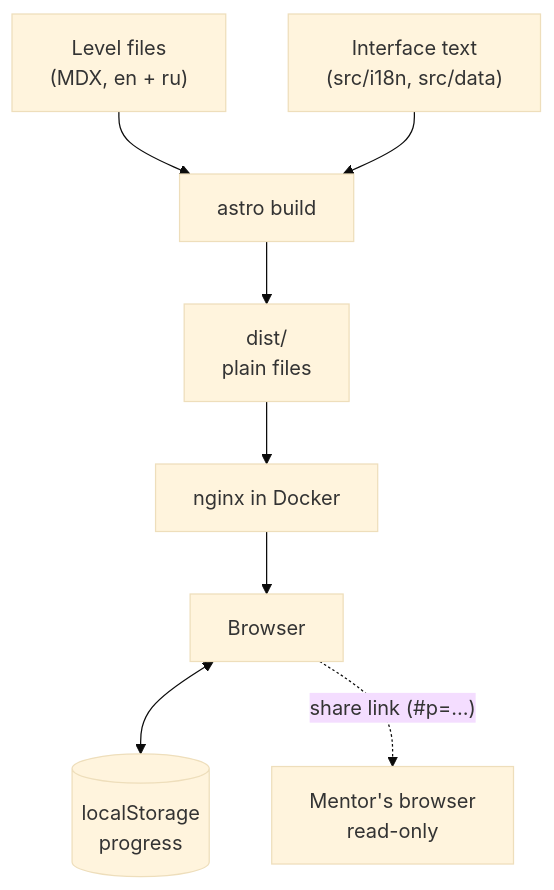
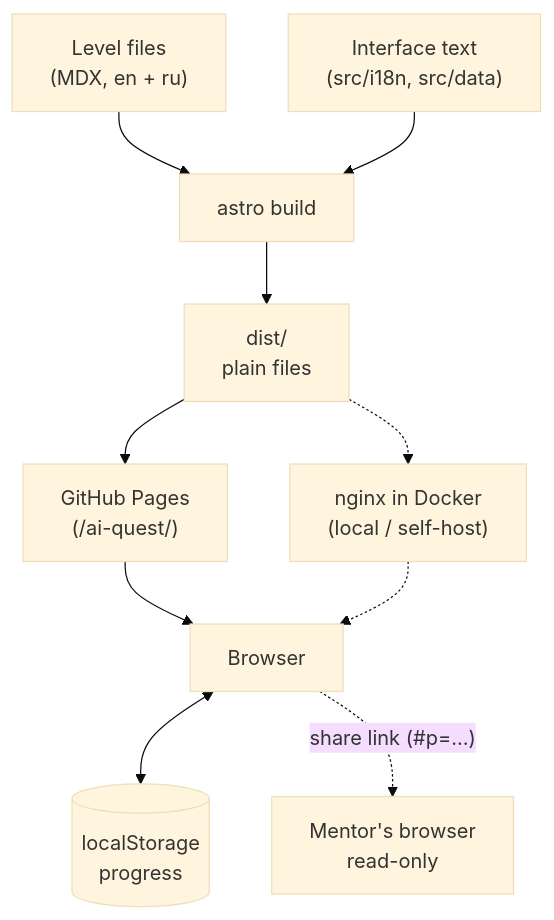
The second of 2 diagrams in README.md (shoplikov/ai-quest), drawn with Mermaid (base theme) before and after one commit. The commit also changed other lines of this file and 4 other files, not shown here.

First line of the commit message:
Document GitHub Pages hosting, retire the AWS server

````diff
--- a/README.md
+++ b/README.md
@@ -48,10 +48,12 @@
 ```mermaid
 flowchart TD
     MDX["Level files<br/>(MDX, en + ru)"] --> Build["astro build"]
     Dict["Interface text<br/>(src/i18n, src/data)"] --> Build
     Build --> Dist["dist/<br/>plain files"]
-    Dist --> Nginx["nginx in Docker"]
-    Nginx --> Browser["Browser"]
+    Dist --> Pages["GitHub Pages<br/>(/ai-quest/)"]
+    Dist -.-> Nginx["nginx in Docker<br/>(local / self-host)"]
+    Pages --> Browser["Browser"]
+    Nginx -.-> Browser
     Browser <--> LS[("localStorage<br/>progress")]
     Browser -. "share link (#p=…)" .-> Mentor["Mentor's browser<br/>read-only"]
 ```
````
